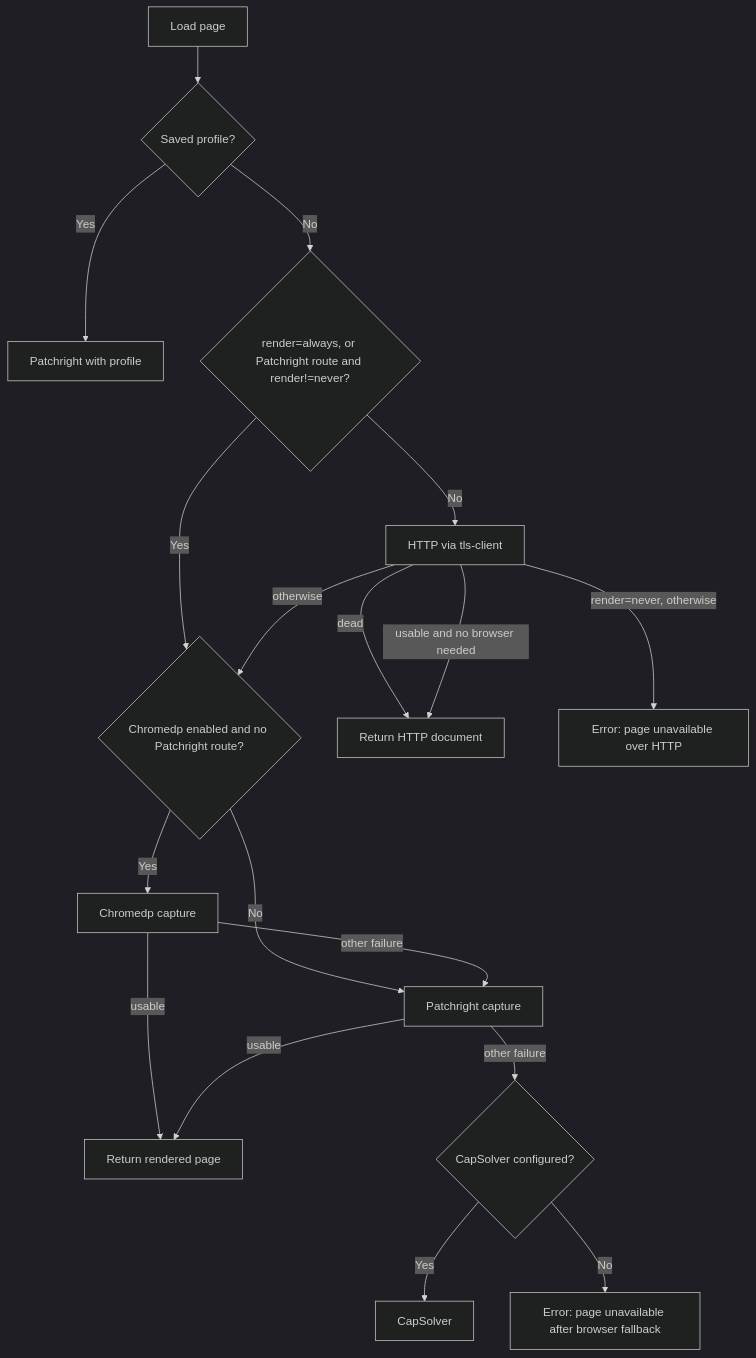
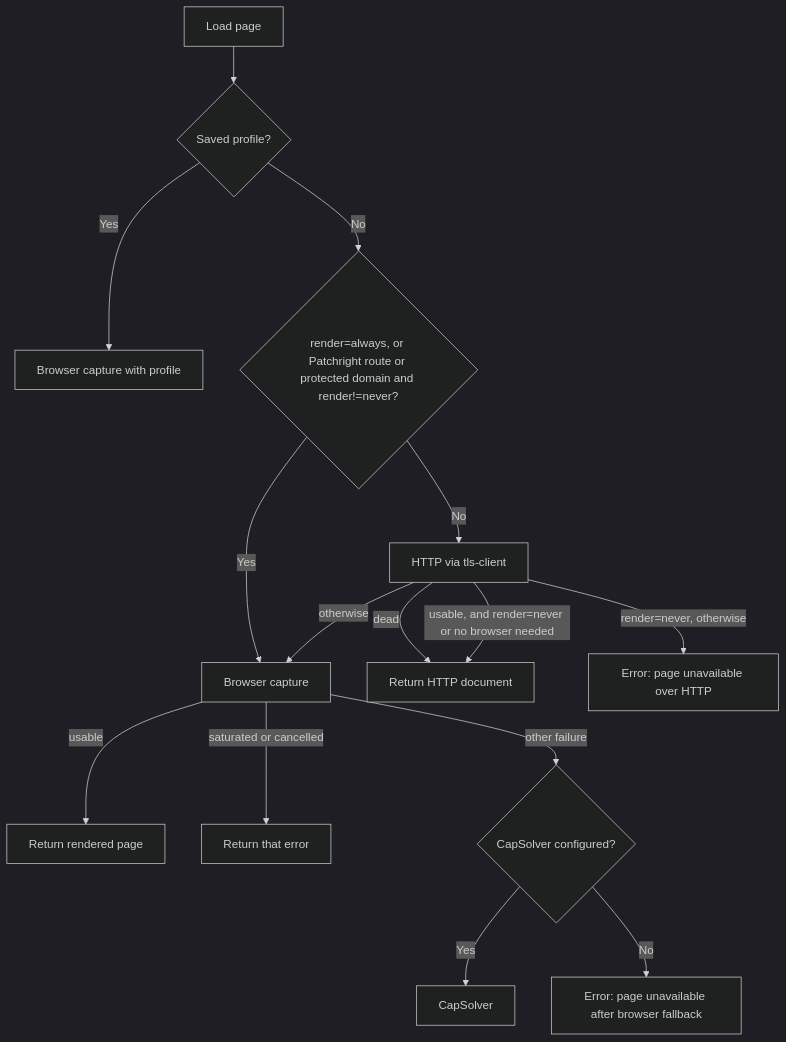
The second of 2 diagrams in docs/browser-routing.md (simonbalfe/pagelode), drawn with Mermaid (dark theme) before and after one commit. The commit also changed other lines of this file and 12 other files, not shown here.

````diff
--- a/docs/browser-routing.md
+++ b/docs/browser-routing.md
@@ -161,20 +152,17 @@
 ```mermaid
 flowchart TD
     Start[Load page] --> Profile{Saved profile?}
-    Profile -- Yes --> PR[Patchright with profile]
-    Profile -- No --> Skip{"render=always, or Patchright route and render!=never?"}
-    Skip -- Yes --> Chrome
+    Profile -- Yes --> PR[Browser capture with profile]
+    Profile -- No --> Skip{"render=always, or Patchright route or protected domain and render!=never?"}
+    Skip -- Yes --> P[Browser capture]
     Skip -- No --> HTTP[HTTP via tls-client]
     HTTP -- dead --> ReturnHTTP[Return HTTP document]
-    HTTP -- usable and no browser needed --> ReturnHTTP
+    HTTP -- "usable, and render=never or no browser needed" --> ReturnHTTP
     HTTP -- "render=never, otherwise" --> Fail[Error: page unavailable over HTTP]
-    HTTP -- otherwise --> Chrome{"Chromedp enabled and no Patchright route?"}
-    Chrome -- Yes --> CD[Chromedp capture]
-    Chrome -- No --> P[Patchright capture]
-    CD -- usable --> Return[Return rendered page]
-    CD -- other failure --> P
-    P -- usable --> Return
+    HTTP -- otherwise --> P
+    P -- usable --> Return[Return rendered page]
+    P -- "saturated or cancelled" --> Stop[Return that error]
     P -- other failure --> CS{CapSolver configured?}
     CS -- Yes --> Solve[CapSolver]
     CS -- No --> Fail2[Error: page unavailable after browser fallback]
 ```
````
